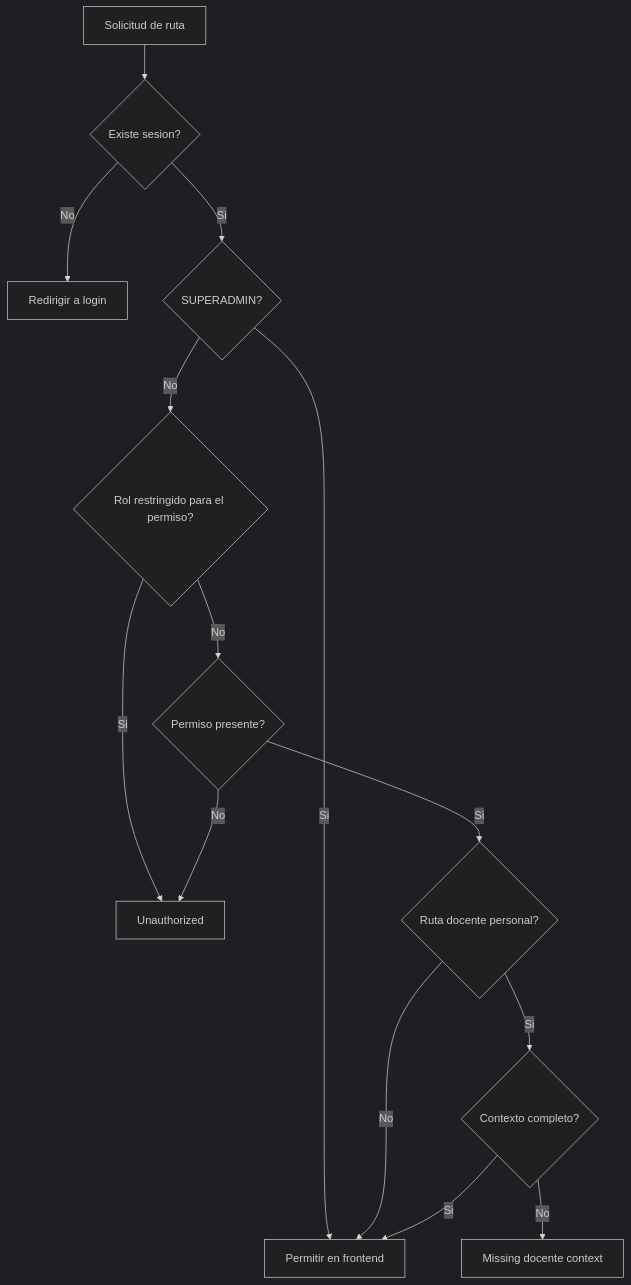
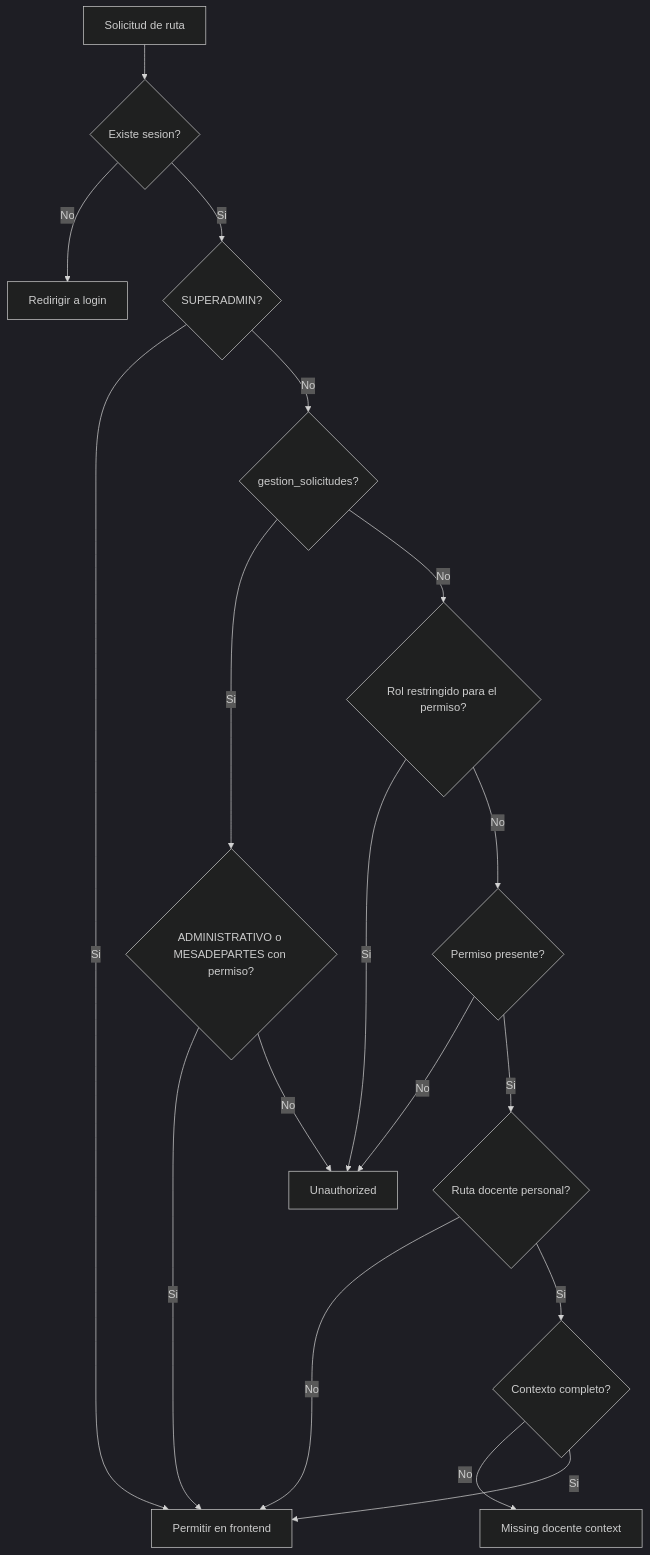
One commit to luismiguelgs/ciunac-admin-2 changed the diagram in docs/04-user-roles-permissions.md. Above: the diagram before and after it, drawn with Mermaid (dark theme). The commit also changed other lines of this file and 16 other files, not shown here.

````diff
--- a/docs/04-user-roles-permissions.md
+++ b/docs/04-user-roles-permissions.md
@@ -60,16 +62,20 @@
 ```mermaid
 flowchart TD
     A["Solicitud de ruta"] --> B{"Existe sesion?"}
     B -->|No| C["Redirigir a login"]
     B -->|Si| D{"SUPERADMIN?"}
     D -->|Si| E["Permitir en frontend"]
-    D -->|No| F{"Rol restringido para el permiso?"}
-    F -->|Si| G["Unauthorized"]
+    D -->|No| L{"gestion_solicitudes?"}
+    L -->|Si| M{"ADMINISTRATIVO o MESADEPARTES con permiso?"}
+    M -->|Si| E
+    M -->|No| G["Unauthorized"]
+    L -->|No| F{"Rol restringido para el permiso?"}
+    F -->|Si| G
     F -->|No| H{"Permiso presente?"}
     H -->|No| G
     H -->|Si| I{"Ruta docente personal?"}
     I -->|No| E
     I -->|Si| J{"Contexto completo?"}
     J -->|No| K["Missing docente context"]
     J -->|Si| E
 ```
````
